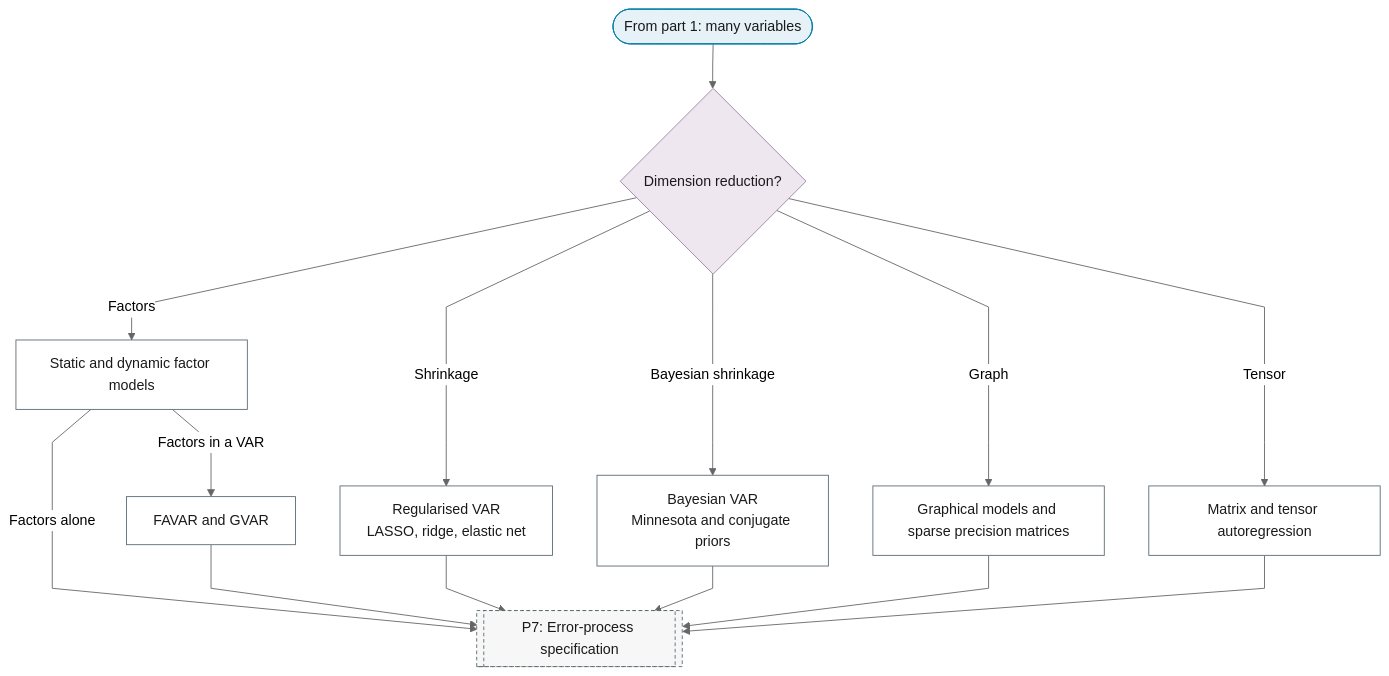
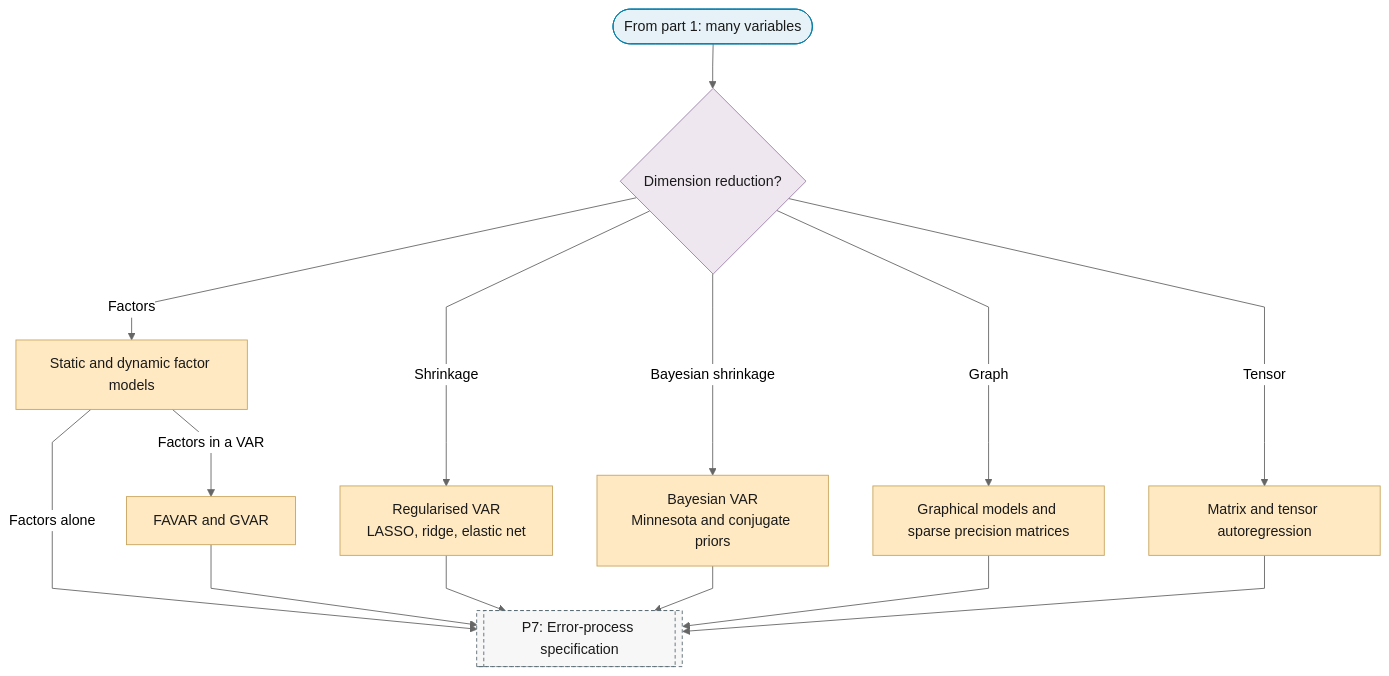
The third of 10 diagrams in docs/01-workflow/p06-mean-model-class.md (Shuxin-Y/time-series-analysis-manual), drawn with Mermaid (neutral theme) before and after one commit. The commit also changed other lines of this file and 1 other file, not shown here.

First line of the commit message:
style(flowchart): P6 model and P8 estimator leaves keep the escalate outcome class

````diff
--- a/docs/01-workflow/p06-mean-model-class.md
+++ b/docs/01-workflow/p06-mean-model-class.md
@@ -70,25 +71,25 @@
 ```mermaid
 %%{init: {"flowchart": {"curve": "linear"}}}%%
 graph TD
     P6_PART_3_IN(["From part 1: many variables"]) --> P6_DIMENSION{"Dimension reduction?"}
     P6_DIMENSION -->|"Factors"| P6_FACTOR_MODELS["Static and dynamic factor models"]
     P6_DIMENSION -->|"Shrinkage"| P6_REGULARISED_VAR["Regularised VAR<br/>LASSO, ridge, elastic net"]
     P6_DIMENSION -->|"Bayesian shrinkage"| P6_BVAR["Bayesian VAR<br/>Minnesota and conjugate priors"]
     P6_DIMENSION -->|"Graph"| P6_GRAPHICAL_MODELS["Graphical models and sparse precision matrices"]
     P6_DIMENSION -->|"Tensor"| P6_TENSOR_AR["Matrix and tensor autoregression"]
     P6_FACTOR_MODELS -->|"Factors in a VAR"| P6_FAVAR["FAVAR and GVAR"]
     P6_FACTOR_MODELS -->|"Factors alone"| P7
     P6_FAVAR & P6_REGULARISED_VAR & P6_BVAR & P6_GRAPHICAL_MODELS & P6_TENSOR_AR --> P7[["P7: Error-process specification"]]
+    class P6_FACTOR_MODELS,P6_REGULARISED_VAR,P6_BVAR,P6_GRAPHICAL_MODELS,P6_TENSOR_AR,P6_FAVAR escalate
     class P6_PART_3_IN terminator
     class P6_DIMENSION decision
-    class P6_FACTOR_MODELS,P6_REGULARISED_VAR,P6_BVAR,P6_GRAPHICAL_MODELS,P6_TENSOR_AR,P6_FAVAR process
     class P7 ref
     classDef terminator fill:#E6F2F7,stroke:#007BA7,color:#1A1A1A;
     classDef process fill:#FFFFFF,stroke:#5A6B73,color:#1A1A1A;
     classDef decision fill:#EFE7F0,stroke:#9B7FA7,color:#1A1A1A;
     classDef data fill:#FFF4E0,stroke:#C9A55E,color:#1A1A1A;
     classDef good fill:#DCEFD8,stroke:#4A7A3F,color:#1A1A1A;
     classDef escalate fill:#FFE9C2,stroke:#C9A55E,color:#1A1A1A;
     classDef problem fill:#F2D9DE,stroke:#800020,color:#1A1A1A;
     classDef ref fill:#F7F7F7,stroke:#5A6B73,color:#1A1A1A,stroke-dasharray:4 3;
 ```
````
